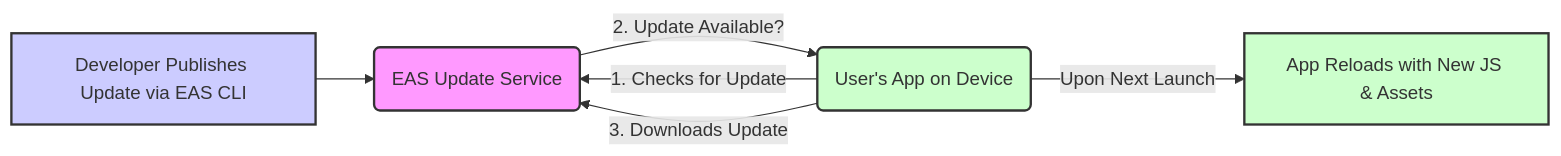
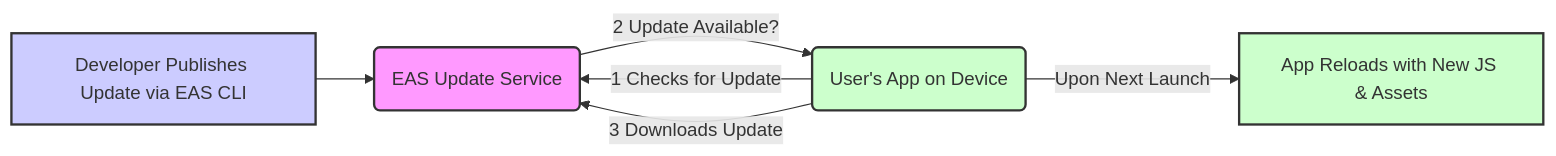
The diagram in modules/module-16-eas-build-and-publishing/section-08-eas-update.md (nickPattLB303/react-native-examples), drawn with Mermaid before and after one commit. The commit also changed 3 other files, not shown here.

First line of the commit message:
Enhance Documentation on React Native's New Architecture and TurboModules

````diff
--- a/modules/module-16-eas-build-and-publishing/section-08-eas-update.md
+++ b/modules/module-16-eas-build-and-publishing/section-08-eas-update.md
@@ -31,13 +31,13 @@
 ```mermaid
 graph LR;
     A[Developer Publishes Update via EAS CLI] --> B(EAS Update Service);
-    C(User's App on Device) -->|1. Checks for Update| B;
-    B -->|2. Update Available?| C;
-    C -->|3. Downloads Update| B;
+    C(User's App on Device) -->|1 Checks for Update| B;
+    B -->|2 Update Available?| C;
+    C -->|3 Downloads Update| B;
     C -- Upon Next Launch --> D[App Reloads with New JS & Assets];
 
     style A fill:#ccf,stroke:#333,stroke-width:2px;
     style B fill:#f9f,stroke:#333,stroke-width:2px;
     style C fill:#cfc,stroke:#333,stroke-width:2px;
     style D fill:#cfc,stroke:#333,stroke-width:2px;
 ```
````
